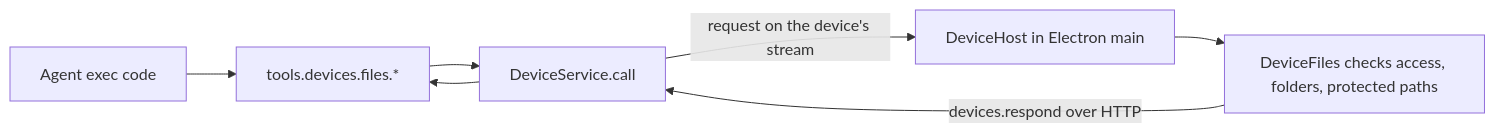
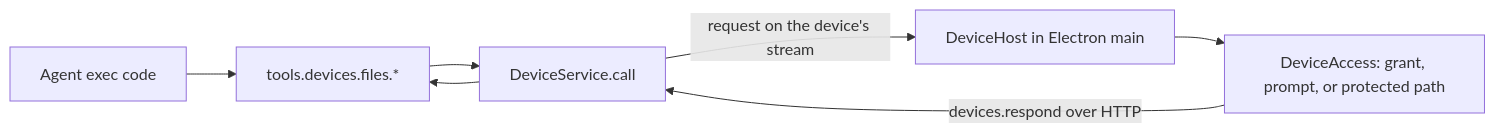
Before and after one commit to cashew-labs/halo: the diagram in specs/local-devices.md, drawn with Mermaid. The commit also changed other lines of this file, not shown here.

First line of the commit message:
Describe the ask-on-first-use device model in the spec

````diff
--- a/specs/local-devices.md
+++ b/specs/local-devices.md
@@ -9,9 +9,9 @@
 ```mermaid
 flowchart LR
     A[Agent exec code] --> B[tools.devices.files.*]
     B --> C[DeviceService.call]
     C -->|request on the device's stream| D[DeviceHost in Electron main]
-    D --> E[DeviceFiles checks access, folders, protected paths]
+    D --> E[DeviceAccess: grant, prompt, or protected path]
     E -->|devices.respond over HTTP| C
     C --> B
 ```
````
